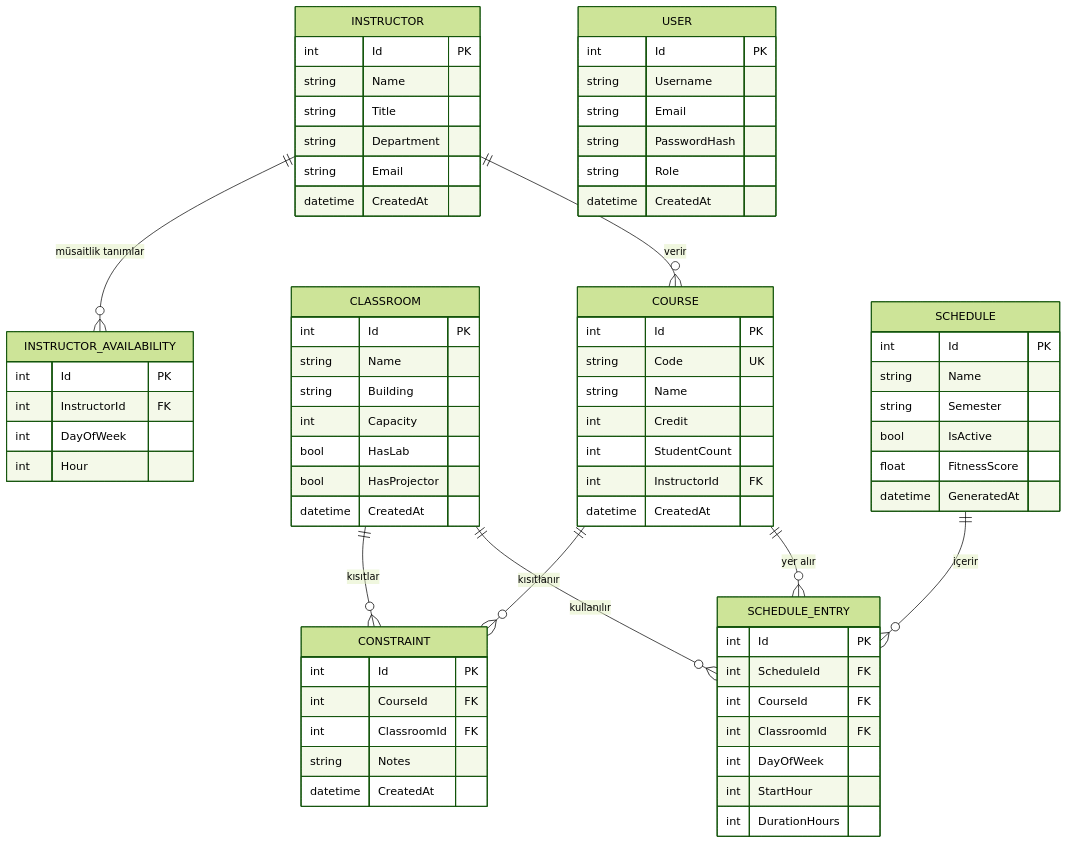
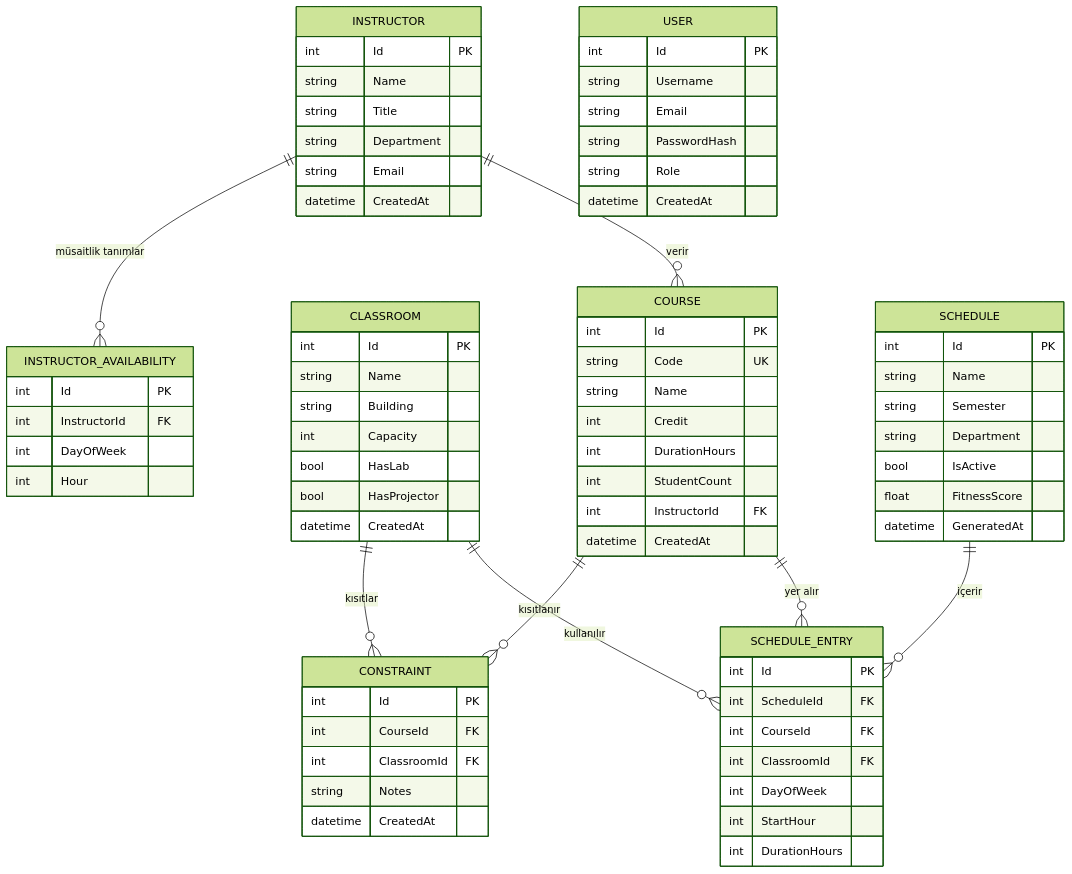
One commit to kkadir8/SmartScheduler changed the diagram in docs/DATABASE_SCHEMA.md. Above: the diagram before and after it, drawn with Mermaid (forest theme). The commit also changed other lines of this file and 563 other files, not shown here.

```diff
--- a/docs/DATABASE_SCHEMA.md
+++ b/docs/DATABASE_SCHEMA.md
@@ -25,6 +36,7 @@
         string  Code            UK
         string  Name
         int     Credit
+        int     DurationHours
         int     StudentCount
         int     InstructorId    FK
         datetime CreatedAt
@@ -59,6 +71,7 @@
         int     Id          PK
         string  Name
         string  Semester
+        string  Department
         bool    IsActive
         float   FitnessScore
         datetime GeneratedAt
```
